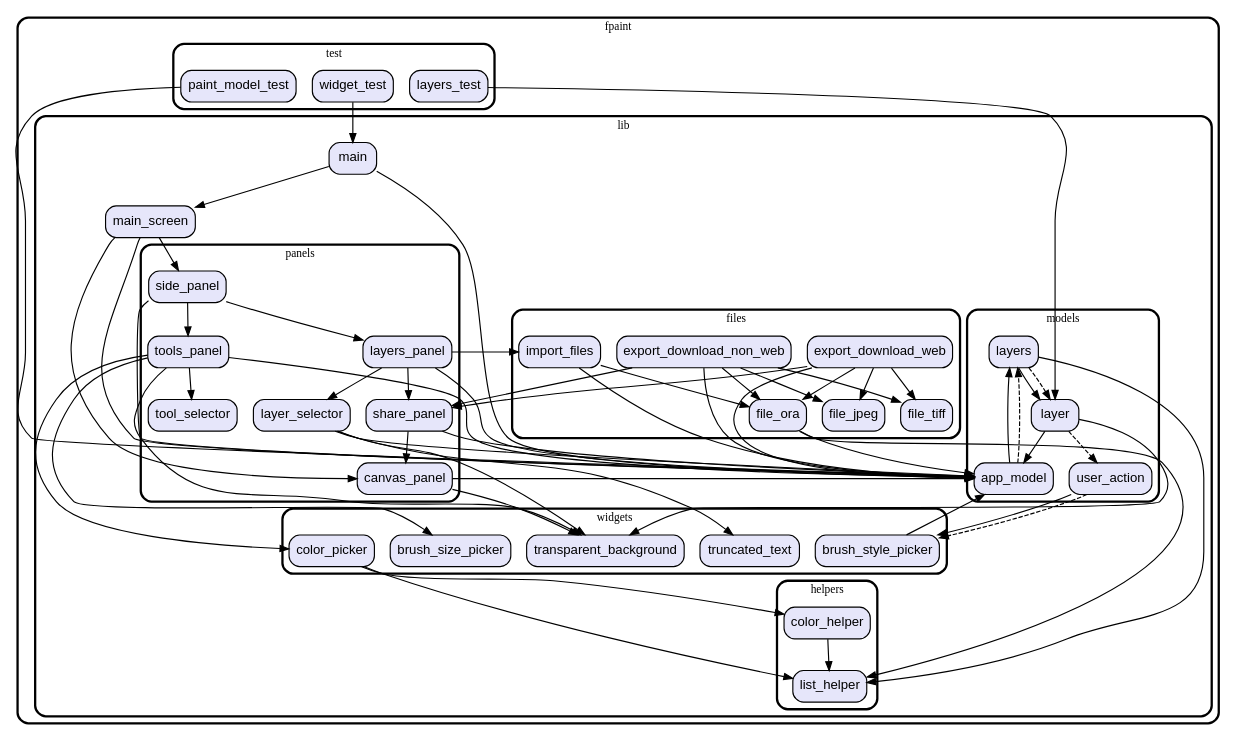
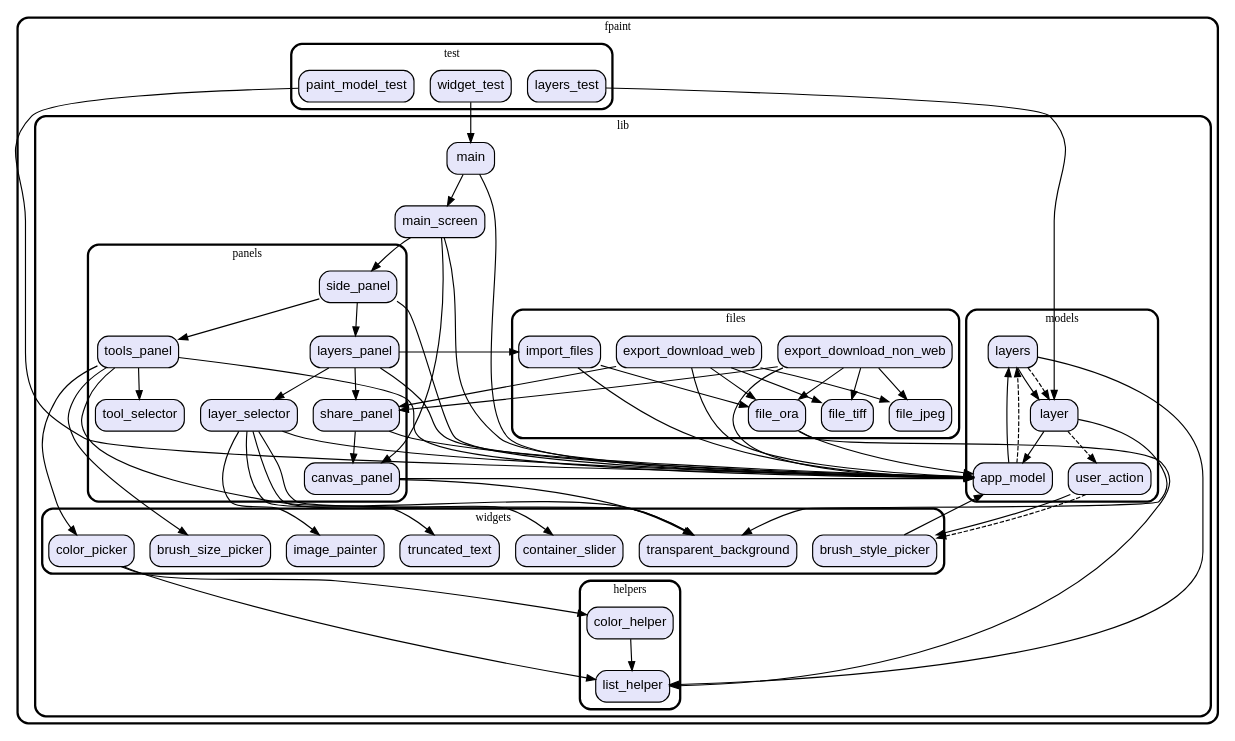
One commit to vteam-com/fPaint changed the diagram in graph.dot. Above: the diagram before and after it, drawn with Graphviz. The commit also changed 4 other files, not shown here.

```diff
--- a/graph.dot
+++ b/graph.dot
@@ -1,142 +1,148 @@
 digraph "" {
   graph [style=rounded fontname="Arial Black" fontsize=13 penwidth=2.6];
   node [shape=rect style="filled,rounded" fontname=Arial fontsize=15 fillcolor=Lavender penwidth=1.3];
   edge [penwidth=1.3];
   "/test/paint_model_test.dart" [label="paint_model_test"];
   "/test/widget_test.dart" [label="widget_test"];
   "/test/layers_test.dart" [label="layers_test"];
   "/lib/panels/tool_selector.dart" [label="tool_selector"];
   "/lib/panels/canvas_panel.dart" [label="canvas_panel"];
   "/lib/panels/layer_selector.dart" [label="layer_selector"];
   "/lib/panels/side_panel.dart" [label="side_panel"];
   "/lib/panels/share_panel.dart" [label="share_panel"];
   "/lib/panels/tools_panel.dart" [label="tools_panel"];
   "/lib/panels/layers_panel.dart" [label="layers_panel"];
   "/lib/models/layers.dart" [label="layers"];
   "/lib/models/user_action.dart" [label="user_action"];
   "/lib/models/app_model.dart" [label="app_model"];
   "/lib/models/layer.dart" [label="layer"];
   "/lib/main.dart" [label="main"];
   "/lib/files/file_jpeg.dart" [label="file_jpeg"];
   "/lib/files/export_download_web.dart" [label="export_download_web"];
   "/lib/files/file_ora.dart" [label="file_ora"];
   "/lib/files/export_download_non_web.dart" [label="export_download_non_web"];
   "/lib/files/import_files.dart" [label="import_files"];
   "/lib/files/file_tiff.dart" [label="file_tiff"];
   "/lib/main_screen.dart" [label="main_screen"];
   "/lib/helpers/list_helper.dart" [label="list_helper"];
   "/lib/helpers/color_helper.dart" [label="color_helper"];
   "/lib/widgets/truncated_text.dart" [label="truncated_text"];
+  "/lib/widgets/container_slider.dart" [label="container_slider"];
   "/lib/widgets/brush_size_picker.dart" [label="brush_size_picker"];
   "/lib/widgets/transparent_background.dart" [label="transparent_background"];
+  "/lib/widgets/image_painter.dart" [label="image_painter"];
   "/lib/widgets/brush_style_picker.dart" [label="brush_style_picker"];
   "/lib/widgets/color_picker.dart" [label="color_picker"];
   subgraph "cluster~" {
     label="fpaint";
     subgraph "cluster~/test" {
       label="test";
       "/test/paint_model_test.dart";
       "/test/widget_test.dart";
       "/test/layers_test.dart";
     }
     subgraph "cluster~/lib" {
       label="lib";
       "/lib/main.dart";
       "/lib/main_screen.dart";
       subgraph "cluster~/lib/panels" {
         label="panels";
         "/lib/panels/tool_selector.dart";
         "/lib/panels/canvas_panel.dart";
         "/lib/panels/layer_selector.dart";
         "/lib/panels/side_panel.dart";
         "/lib/panels/share_panel.dart";
         "/lib/panels/tools_panel.dart";
         "/lib/panels/layers_panel.dart";
       }
       subgraph "cluster~/lib/models" {
         label="models";
         "/lib/models/layers.dart";
         "/lib/models/user_action.dart";
         "/lib/models/app_model.dart";
         "/lib/models/layer.dart";
       }
       subgraph "cluster~/lib/files" {
         label="files";
         "/lib/files/file_jpeg.dart";
         "/lib/files/export_download_web.dart";
         "/lib/files/file_ora.dart";
         "/lib/files/export_download_non_web.dart";
         "/lib/files/import_files.dart";
         "/lib/files/file_tiff.dart";
       }
       subgraph "cluster~/lib/helpers" {
         label="helpers";
         "/lib/helpers/list_helper.dart";
         "/lib/helpers/color_helper.dart";
       }
       subgraph "cluster~/lib/widgets" {
         label="widgets";
         "/lib/widgets/truncated_text.dart";
+        "/lib/widgets/container_slider.dart";
         "/lib/widgets/brush_size_picker.dart";
         "/lib/widgets/transparent_background.dart";
+        "/lib/widgets/image_painter.dart";
         "/lib/widgets/brush_style_picker.dart";
         "/lib/widgets/color_picker.dart";
       }
     }
   }
   "/test/paint_model_test.dart" -> "/lib/models/app_model.dart";
   "/test/widget_test.dart" -> "/lib/main.dart";
   "/test/layers_test.dart" -> "/lib/models/layer.dart";
   "/lib/panels/canvas_panel.dart" -> "/lib/models/app_model.dart";
   "/lib/panels/canvas_panel.dart" -> "/lib/widgets/transparent_background.dart";
   "/lib/panels/layer_selector.dart" -> "/lib/models/app_model.dart";
+  "/lib/panels/layer_selector.dart" -> "/lib/widgets/container_slider.dart";
+  "/lib/panels/layer_selector.dart" -> "/lib/widgets/image_painter.dart";
   "/lib/panels/layer_selector.dart" -> "/lib/widgets/transparent_background.dart";
   "/lib/panels/layer_selector.dart" -> "/lib/widgets/truncated_text.dart";
   "/lib/panels/side_panel.dart" -> "/lib/models/app_model.dart";
   "/lib/panels/side_panel.dart" -> "/lib/panels/layers_panel.dart";
   "/lib/panels/side_panel.dart" -> "/lib/panels/tools_panel.dart";
   "/lib/panels/share_panel.dart" -> "/lib/models/app_model.dart";
   "/lib/panels/share_panel.dart" -> "/lib/panels/canvas_panel.dart";
   "/lib/panels/tools_panel.dart" -> "/lib/models/app_model.dart";
   "/lib/panels/tools_panel.dart" -> "/lib/panels/tool_selector.dart";
   "/lib/panels/tools_panel.dart" -> "/lib/widgets/brush_size_picker.dart";
   "/lib/panels/tools_panel.dart" -> "/lib/widgets/color_picker.dart";
   "/lib/panels/tools_panel.dart" -> "/lib/widgets/transparent_background.dart";
   "/lib/panels/layers_panel.dart" -> "/lib/files/import_files.dart";
   "/lib/panels/layers_panel.dart" -> "/lib/models/app_model.dart";
   "/lib/panels/layers_panel.dart" -> "/lib/panels/layer_selector.dart";
   "/lib/panels/layers_panel.dart" -> "/lib/panels/share_panel.dart";
   "/lib/models/layers.dart" -> "/lib/helpers/list_helper.dart";
   "/lib/models/layers.dart" -> "/lib/models/layer.dart";
   "/lib/models/layers.dart" -> "/lib/models/layer.dart" [style=dashed];
   "/lib/models/user_action.dart" -> "/lib/widgets/brush_style_picker.dart";
   "/lib/models/user_action.dart" -> "/lib/widgets/brush_style_picker.dart" [style=dashed];
   "/lib/models/app_model.dart" -> "/lib/models/layers.dart";
   "/lib/models/app_model.dart" -> "/lib/models/layers.dart" [style=dashed];
   "/lib/models/layer.dart" -> "/lib/models/app_model.dart";
   "/lib/models/layer.dart" -> "/lib/widgets/transparent_background.dart";
   "/lib/models/layer.dart" -> "/lib/models/user_action.dart" [style=dashed];
   "/lib/main.dart" -> "/lib/main_screen.dart";
   "/lib/main.dart" -> "/lib/models/app_model.dart";
   "/lib/files/export_download_web.dart" -> "/lib/files/file_jpeg.dart";
   "/lib/files/export_download_web.dart" -> "/lib/files/file_ora.dart";
   "/lib/files/export_download_web.dart" -> "/lib/files/file_tiff.dart";
   "/lib/files/export_download_web.dart" -> "/lib/models/app_model.dart";
   "/lib/files/export_download_web.dart" -> "/lib/panels/share_panel.dart";
   "/lib/files/file_ora.dart" -> "/lib/helpers/list_helper.dart";
   "/lib/files/file_ora.dart" -> "/lib/models/app_model.dart";
   "/lib/files/export_download_non_web.dart" -> "/lib/files/file_jpeg.dart";
   "/lib/files/export_download_non_web.dart" -> "/lib/files/file_ora.dart";
   "/lib/files/export_download_non_web.dart" -> "/lib/files/file_tiff.dart";
   "/lib/files/export_download_non_web.dart" -> "/lib/models/app_model.dart";
   "/lib/files/export_download_non_web.dart" -> "/lib/panels/share_panel.dart";
   "/lib/files/import_files.dart" -> "/lib/files/file_ora.dart";
   "/lib/files/import_files.dart" -> "/lib/models/app_model.dart";
   "/lib/main_screen.dart" -> "/lib/panels/canvas_panel.dart";
   "/lib/main_screen.dart" -> "/lib/panels/side_panel.dart";
   "/lib/main_screen.dart" -> "/lib/models/app_model.dart";
   "/lib/helpers/color_helper.dart" -> "/lib/helpers/list_helper.dart";
   "/lib/widgets/brush_style_picker.dart" -> "/lib/models/app_model.dart";
   "/lib/widgets/color_picker.dart" -> "/lib/helpers/color_helper.dart";
   "/lib/widgets/color_picker.dart" -> "/lib/helpers/list_helper.dart";
 }
```
